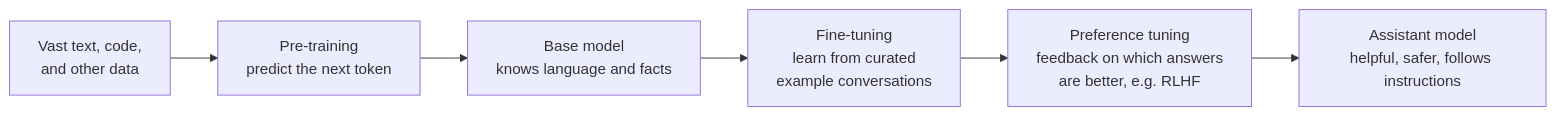
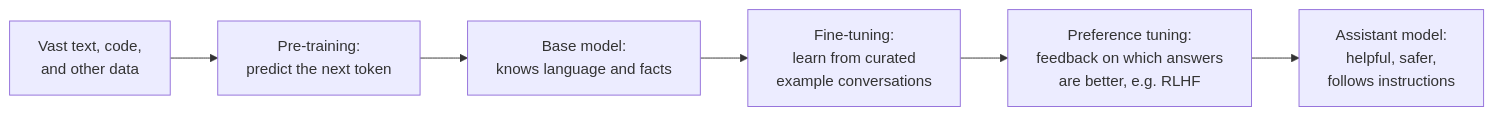
Before and after one commit to benngiiii/BABI-GULING: the second of 4 diagrams in Main/study-guide/v1.0/chapter-3-how-artificial-intelligence-works/how-artificial-intelligence-works.md, drawn with Mermaid. The commit also changed other lines of this file, not shown here.

First line of the commit message:
Refine markdown formatting and diagrams in chapter 3

````diff
--- a/Main/study-guide/v1.0/chapter-3-how-artificial-intelligence-works/how-artificial-intelligence-works.md
+++ b/Main/study-guide/v1.0/chapter-3-how-artificial-intelligence-works/how-artificial-intelligence-works.md
@@ -383,8 +388,10 @@
 ```mermaid
 flowchart LR
-    A[Vast text, code,<br/>and other data] --> B[Pre-training<br/>predict the next token]
-    B --> C[Base model<br/>knows language and facts]
-    C --> D[Fine-tuning<br/>learn from curated<br/>example conversations]
-    D --> E[Preference tuning<br/>feedback on which answers<br/>are better, e.g. RLHF]
-    E --> F[Assistant model<br/>helpful, safer, follows instructions]
+    A["Vast text, code,<br/>and other data"]
+    B["Pre-training:<br/>predict the next token"]
+    C["Base model:<br/>knows language and facts"]
+    D["Fine-tuning:<br/>learn from curated<br/>example conversations"]
+    E["Preference tuning:<br/>feedback on which answers<br/>are better, e.g. RLHF"]
+    F["Assistant model:<br/>helpful, safer,<br/>follows instructions"]
+    A --> B --> C --> D --> E --> F
 ```
````
